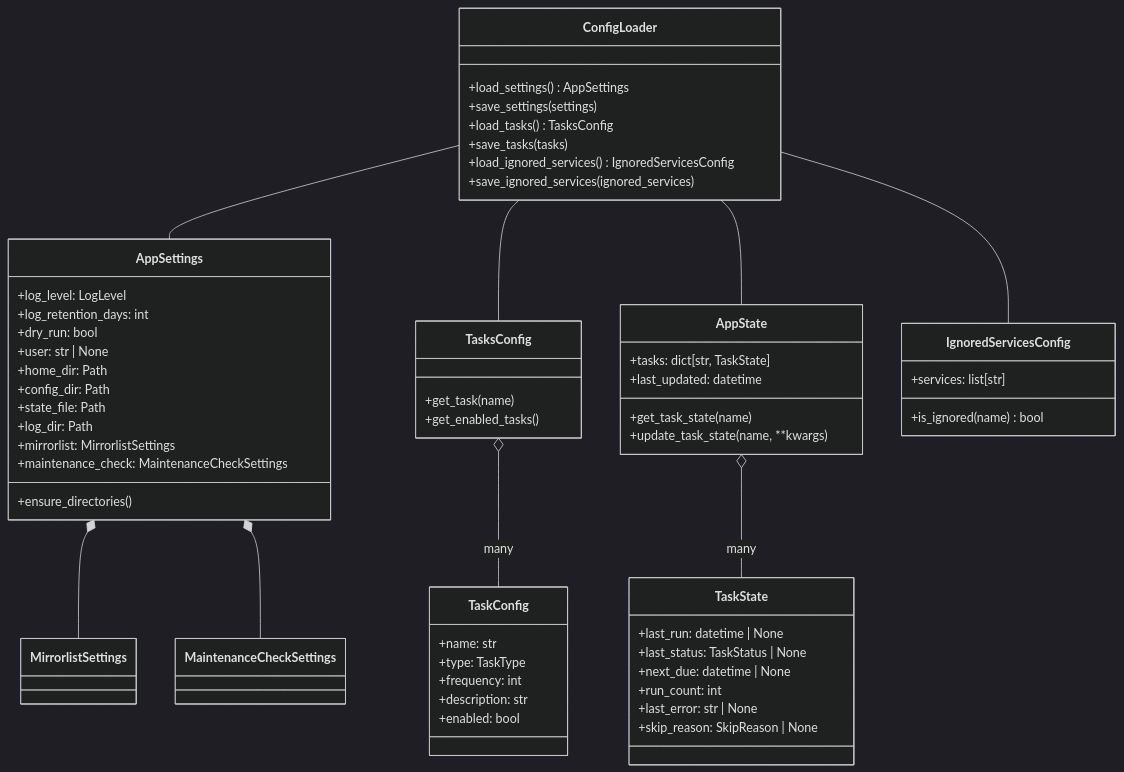
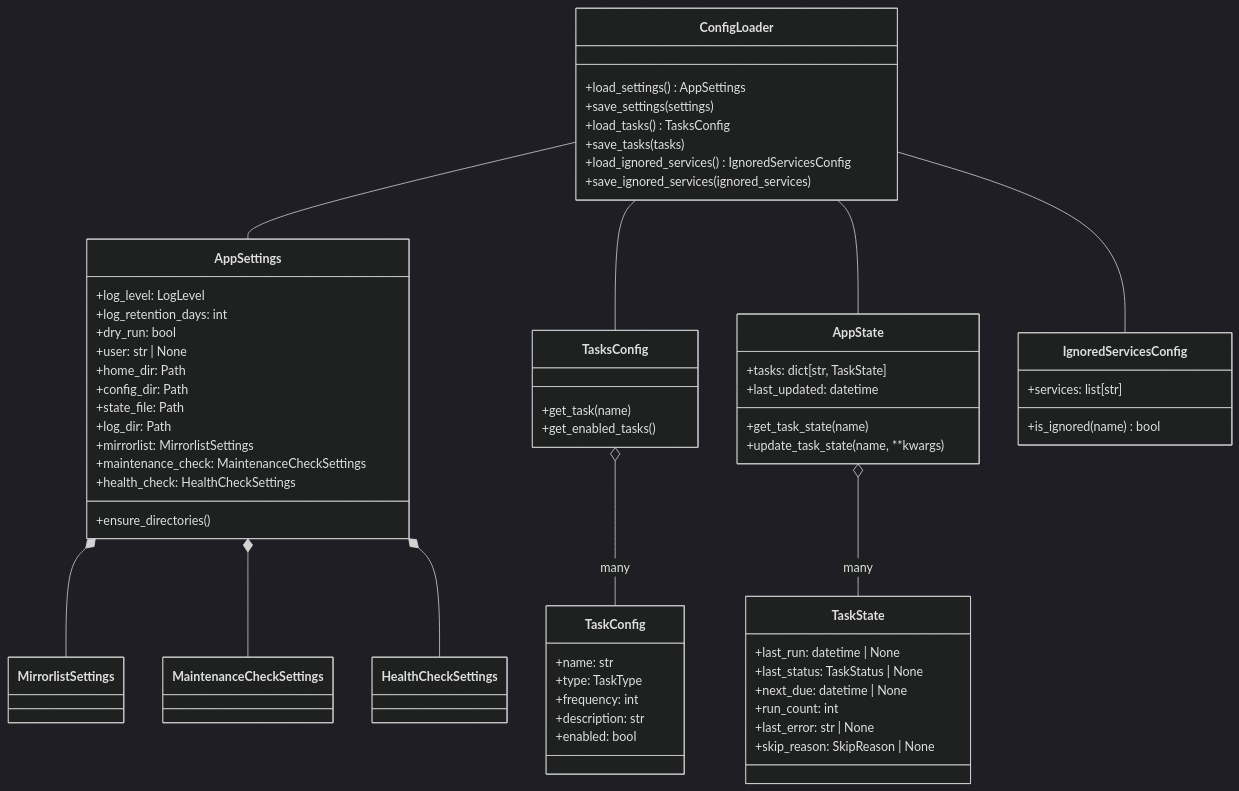
The fourth of 7 diagrams in docs/architecture/class-relationships.md (shayanmoosavi/archcare), drawn with Mermaid (dark theme) before and after one commit. The commit also changed 2 other files, not shown here.

Commit message:
docs: update documentation and AGENTS.md

````diff
--- a/docs/architecture/class-relationships.md
+++ b/docs/architecture/class-relationships.md
@@ -182,68 +182,70 @@
 ```mermaid
 classDiagram
     class ConfigLoader {
         +load_settings() AppSettings
         +save_settings(settings)
         +load_tasks() TasksConfig
         +save_tasks(tasks)
         +load_ignored_services() IgnoredServicesConfig
         +save_ignored_services(ignored_services)
     }
 
     class AppSettings {
         +log_level: LogLevel
         +log_retention_days: int
         +dry_run: bool
         +user: str | None
         +home_dir: Path
         +config_dir: Path
         +state_file: Path
         +log_dir: Path
         +mirrorlist: MirrorlistSettings
         +maintenance_check: MaintenanceCheckSettings
+        +health_check: HealthCheckSettings
         +ensure_directories()
     }
 
     class AppState {
         +tasks: dict[str, TaskState]
         +last_updated: datetime
         +get_task_state(name)
         +update_task_state(name, **kwargs)
     }
 
     class TaskState {
         +last_run: datetime | None
         +last_status: TaskStatus | None
         +next_due: datetime | None
         +run_count: int
         +last_error: str | None
         +skip_reason: SkipReason | None
     }
 
     class TasksConfig {
         +get_task(name)
         +get_enabled_tasks()
     }
 
     class TaskConfig {
         +name: str
         +type: TaskType
         +frequency: int
         +description: str
         +enabled: bool
     }
 
     class IgnoredServicesConfig {
         +services: list[str]
         +is_ignored(name) bool
     }
 
     ConfigLoader -- AppSettings
     ConfigLoader -- TasksConfig
     ConfigLoader -- IgnoredServicesConfig
     ConfigLoader -- AppState
     AppSettings *-- MirrorlistSettings
     AppSettings *-- MaintenanceCheckSettings
+    AppSettings *-- HealthCheckSettings
     AppState o-- TaskState : many
     TasksConfig o-- TaskConfig : many
 ```
````
